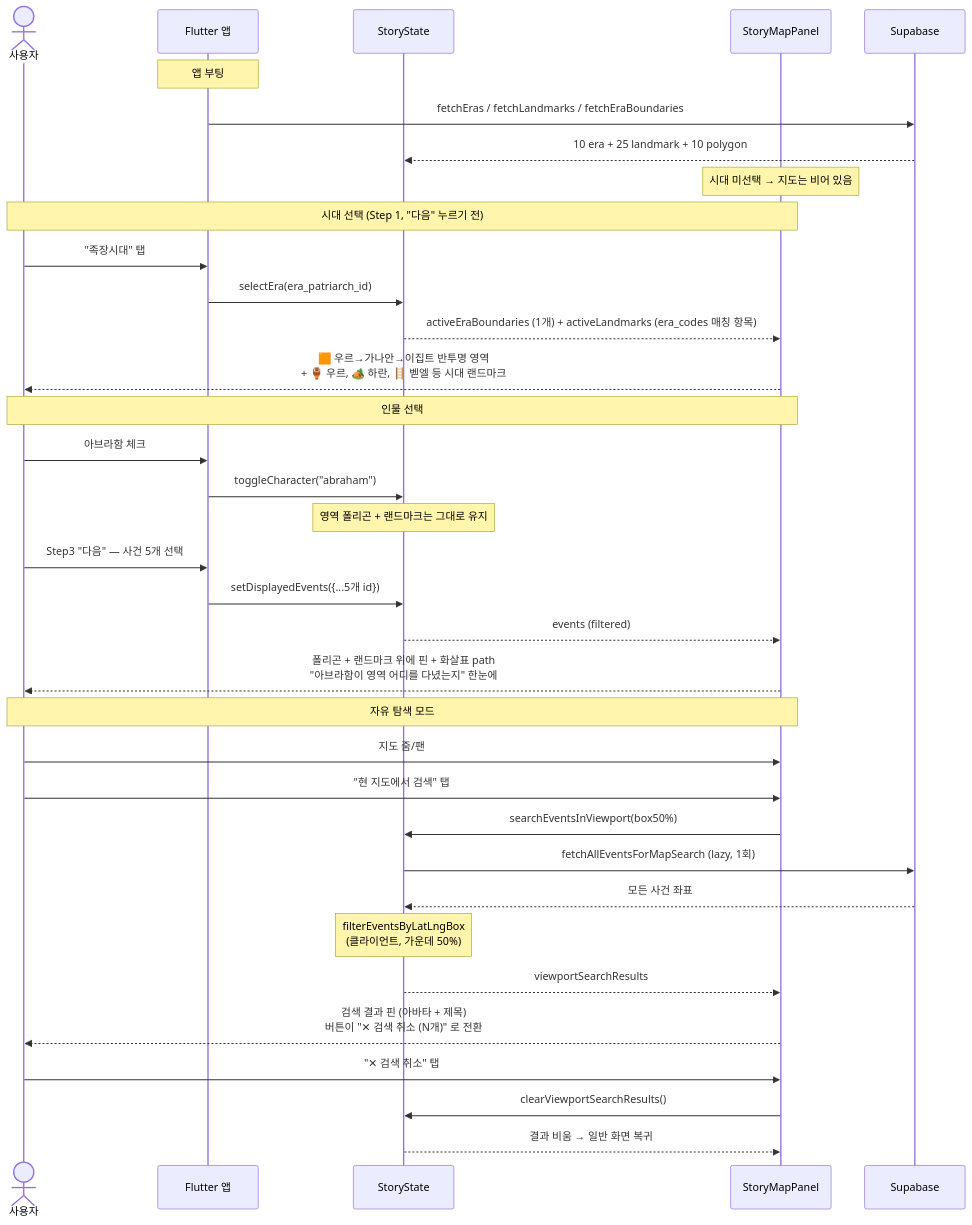
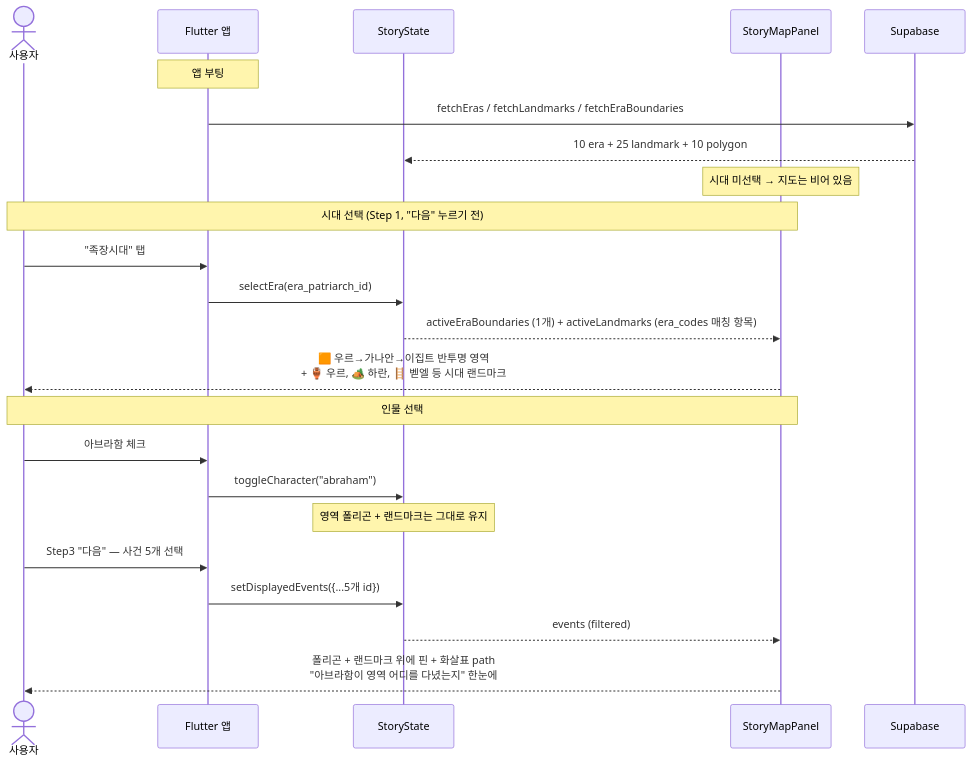
The third of 5 diagrams in docs/guides/WORKFLOW_GUIDE.md (brand-i-admin/story_bible), drawn with Mermaid before and after one commit. The commit also changed 7 other files, not shown here.

First line of the commit message:
chore(map): 사용하지 않는 viewport 검색 코드 제거

````diff
--- a/docs/guides/WORKFLOW_GUIDE.md
+++ b/docs/guides/WORKFLOW_GUIDE.md
@@ -311,42 +311,29 @@
 ```mermaid
 sequenceDiagram
     actor U as 사용자
     participant App as Flutter 앱
     participant State as StoryState
     participant Map as StoryMapPanel
     participant DB as Supabase
 
     Note over App: 앱 부팅
     App->>DB: fetchEras / fetchLandmarks / fetchEraBoundaries
     DB-->>State: 10 era + 25 landmark + 10 polygon
     Note over Map: 시대 미선택 → 지도는 비어 있음
 
     Note over U,Map: 시대 선택 (Step 1, "다음" 누르기 전)
     U->>App: "족장시대" 탭
     App->>State: selectEra(era_patriarch_id)
     State-->>Map: activeEraBoundaries (1개) + activeLandmarks (era_codes 매칭 항목)
     Map-->>U: 🟧 우르→가나안→이집트 반투명 영역<br/>+ 🏺 우르, 🏕️ 하란, 🪜 벧엘 등 시대 랜드마크
 
     Note over U,Map: 인물 선택
     U->>App: 아브라함 체크
     App->>State: toggleCharacter("abraham")
     Note over State: 영역 폴리곤 + 랜드마크는 그대로 유지
 
     U->>App: Step3 "다음" — 사건 5개 선택
     App->>State: setDisplayedEvents({...5개 id})
     State-->>Map: events (filtered)
     Map-->>U: 폴리곤 + 랜드마크 위에 핀 + 화살표 path<br/>"아브라함이 영역 어디를 다녔는지" 한눈에
-
-    Note over U,Map: 자유 탐색 모드
-    U->>Map: 지도 줌/팬
-    U->>Map: "현 지도에서 검색" 탭
-    Map->>State: searchEventsInViewport(box50%)
-    State->>DB: fetchAllEventsForMapSearch (lazy, 1회)
-    DB-->>State: 모든 사건 좌표
-    Note over State: filterEventsByLatLngBox<br/>(클라이언트, 가운데 50%)
-    State-->>Map: viewportSearchResults
-    Map-->>U: 검색 결과 핀 (아바타 + 제목)<br/>버튼이 "✕ 검색 취소 (N개)" 로 전환
-    U->>Map: "✕ 검색 취소" 탭
-    Map->>State: clearViewportSearchResults()
-    State-->>Map: 결과 비움 → 일반 화면 복귀
 ```
````
